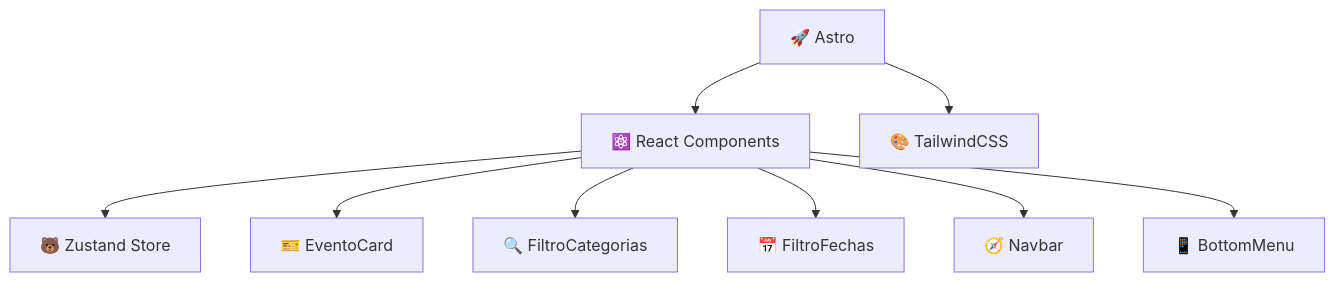
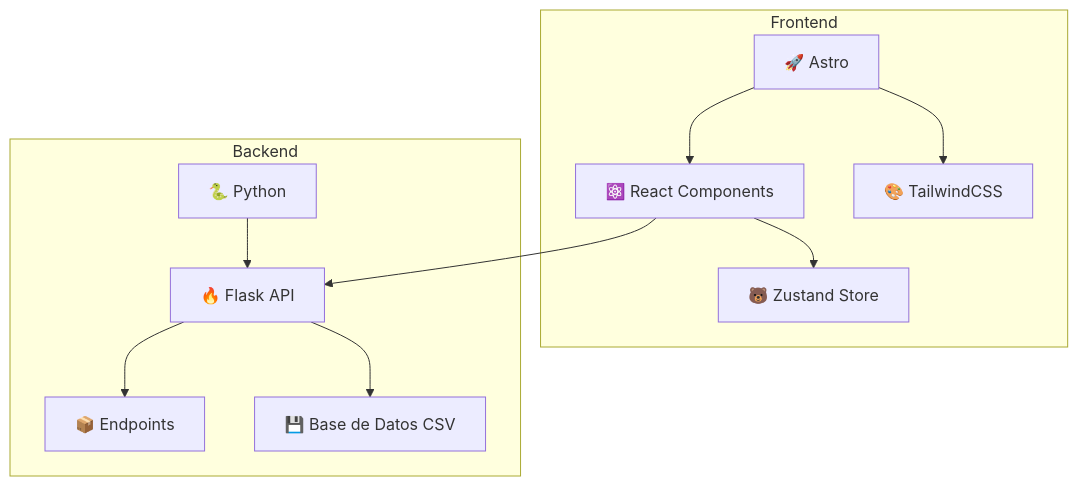
The diagram in README.md (itskreisler/hoy-pasa-algo), drawn with Mermaid before and after one commit. The commit also changed other lines of this file and 16 other files, not shown here.

First line of the commit message:
feat: Add comprehensive tests for frontend and backend

````diff
--- a/README.md
+++ b/README.md
@@ -133,11 +105,16 @@
 ```mermaid
 graph TD
-    A[🚀 Astro] --> B[⚛️ React Components]
-    A --> C[🎨 TailwindCSS]
-    B --> D[🐻 Zustand Store]
-    B --> E[🎫 EventoCard]
-    B --> F[🔍 FiltroCategorias]
-    B --> G[📅 FiltroFechas]
-    B --> H[🧭 Navbar]
-    B --> I[📱 BottomMenu]
+    subgraph Frontend
+        A[🚀 Astro] --> B[⚛️ React Components]
+        A --> C[🎨 TailwindCSS]
+        B --> D[🐻 Zustand Store]
+    end
+
+    subgraph Backend
+        E[🐍 Python] --> F[🔥 Flask API]
+        F --> G[📦 Endpoints]
+        F --> H[💾 Base de Datos CSV]
+    end
+
+    B --> F
 ```
````
